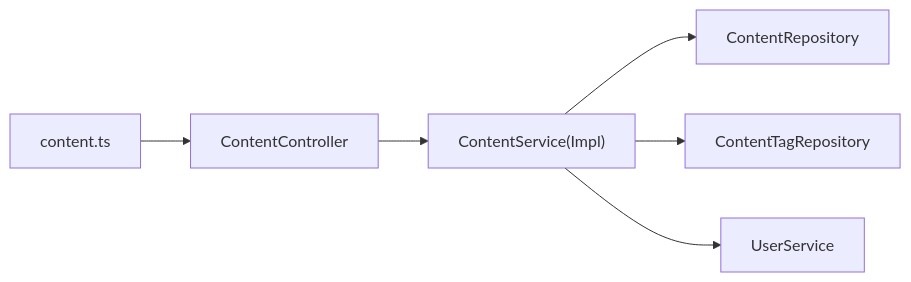
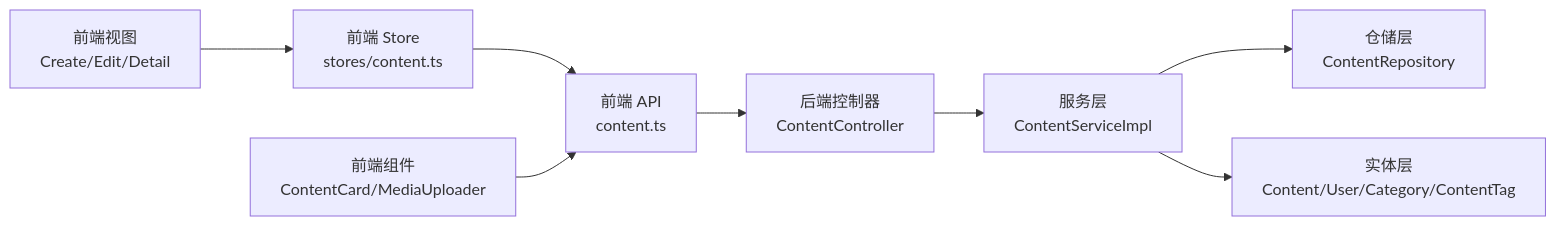
One commit to koala-xiong/communication-qoder changed diagram 11 of 11 in .qoder/repowiki/zh/content/内容管理系统/内容管理系统.md. Above: the diagram before and after it, drawn with Mermaid. The commit also changed other lines of this file and 73 other files, not shown here.

````diff
--- a/.qoder/repowiki/zh/content/内容管理系统/内容管理系统.md
+++ b/.qoder/repowiki/zh/content/内容管理系统/内容管理系统.md
@@ -352,8 +413,10 @@
 ```mermaid
 graph LR
-CC["ContentController"] --> CS["ContentService(Impl)"]
-CS --> CR["ContentRepository"]
-CS --> CTR["ContentTagRepository"]
-CS --> US["UserService"]
-FE["content.ts"] --> CC
+FE_API["前端 API<br/>content.ts"] --> BE_CTRL["后端控制器<br/>ContentController"]
+FE_STORE["前端 Store<br/>stores/content.ts"] --> FE_API
+FE_VIEW["前端视图<br/>Create/Edit/Detail"] --> FE_STORE
+FE_COMP["前端组件<br/>ContentCard/MediaUploader"] --> FE_API
+BE_CTRL --> BE_SVC["服务层<br/>ContentServiceImpl"]
+BE_SVC --> BE_REPO["仓储层<br/>ContentRepository"]
+BE_SVC --> BE_ENTITY["实体层<br/>Content/User/Category/ContentTag"]
 ```
````
